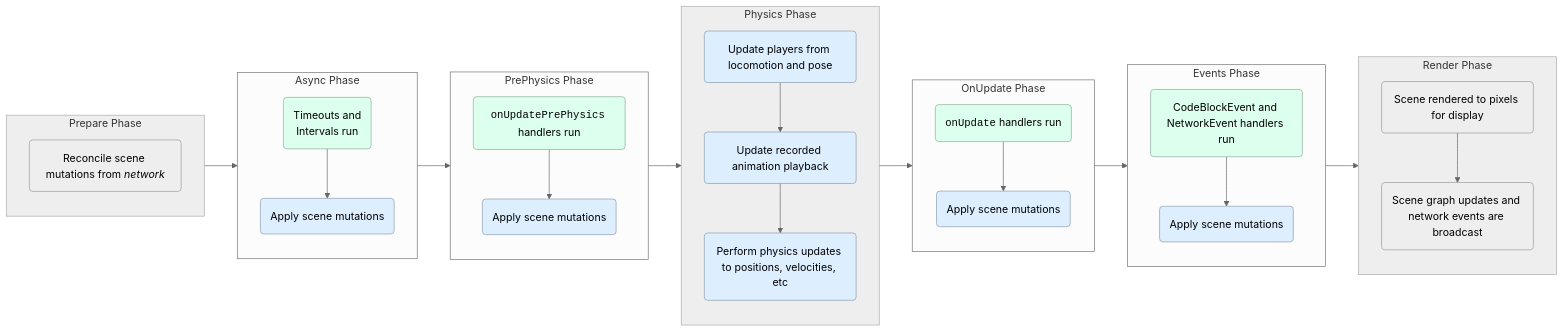
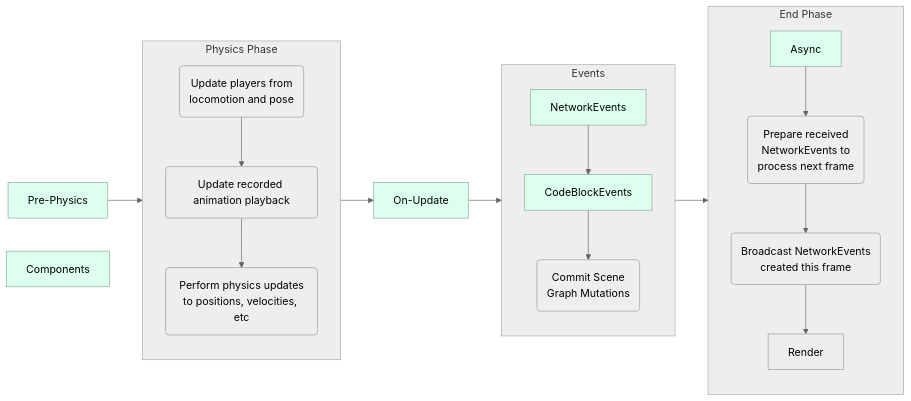
Before and after one commit to MHCPCreators/horizonCreatorManual: the first of 5 diagrams in HorizonTechnicalDoc.md, drawn with Mermaid (neutral theme). The commit also changed other lines of this file, not shown here.

Commit message:
Many notes about frame sequence

````diff
--- a/HorizonTechnicalDoc.md
+++ b/HorizonTechnicalDoc.md
@@ -1346,58 +1356,30 @@
 ```mermaid
 flowchart LR
-  subgraph prepare [Prepare Phase]
-    load(Reconcile scene mutations from <i>network</i>)
+  subgraph Physics [Physics Phase]
+    locomotion(Update players from<br/>locomotion and pose) --> animation(Update recorded animation playback)
+
+    animation --> physicsStep(Perform physics updates<br/>to positions, velocities, etc)
   end
 
-  subgraph prePhysics [PrePhysics Phase]
-    preHandlers(<code style="background-color:#0000">onUpdatePrePhysics</code> handlers run) --> preMutations(Apply scene mutations)
+  subgraph Events
+    NetworkEvents --> CodeBlockEvents --> mutations(Commit Scene <br/>Graph Mutations)
   end
 
-  subgraph physics [Physics Phase]
-    locomotion(Update players from locomotion and pose) --> animation(Update recorded animation playback)
-
-    animation --> physicsStep(Perform physics updates to positions, velocities, etc)
+  subgraph EndFrame [End Phase]
+    Async --> receive(Prepare received<br/>NetworkEvents to</br>process next frame) --> broadcast(Broadcast NetworkEvents<br/>created this frame) --> Render
   end
 
-  subgraph events [Events Phase]
-    eventHandlers(CodeBlockEvent and NetworkEvent handlers run) --> eventsMutations(Apply scene mutations)
-  end
+  Pre-Physics --> Physics --> On-Update --> Events --> EndFrame
 
-  subgraph onUpdate [OnUpdate Phase]
-    onUpdateHandlers(<code style="background-color:#0000">onUpdate</code> handlers run) --> onUpdateMutations(Apply scene mutations)
-  end
+  style Physics fill:#eee,stroke:#aaa
+  style Events fill:#eee,stroke:#aaa
+  style EndFrame fill:#eee,stroke:#aaa
 
-  subgraph async [Async Phase]
-    asyncHandlers(Timeouts and<br/>Intervals run) --> asyncMutations(Apply scene mutations)
-  end
-
-  subgraph render [Render Phase]
-    sceneRender(Scene rendered to pixels for display) --> broadcast(Scene graph updates and network events are broadcast)
-  end
-
-  prepare --> async
-  async --> prePhysics
-  prePhysics --> physics(Physics)
-  physics -->
-  onUpdate(OnUpdate Phase)
-  onUpdate --> events(Events Phase)
-  events --> render(Render Phase)
-
-  style prepare fill:#eee,stroke:#aaa
-  style physics fill:#eee,stroke:#aaa
-  style render fill:#eee,stroke:#aaa
-
-  style preHandlers fill:#dfe,stroke:#8a9
-  style eventHandlers fill:#dfe,stroke:#8a9
-  style onUpdateHandlers fill:#dfe,stroke:#8a9
-  style asyncHandlers fill:#dfe,stroke:#8a9
-
-  style preMutations fill:#def,stroke:#89a
-  style eventsMutations fill:#def,stroke:#89a
-  style onUpdateMutations fill:#def,stroke:#89a
-  style asyncMutations fill:#def,stroke:#89a
-
-  style locomotion fill:#def,stroke:#89a
-  style animation fill:#def,stroke:#89a
-  style physicsStep fill:#def,stroke:#89a
+  %% Scripting
+  style Async fill:#dfe,stroke:#8a9
+  style Pre-Physics fill:#dfe,stroke:#8a9
+  style On-Update fill:#dfe,stroke:#8a9
+  style NetworkEvents fill:#dfe,stroke:#8a9
+  style CodeBlockEvents fill:#dfe,stroke:#8a9
+  style Components fill:#dfe,stroke:#8a9
 ```
````
